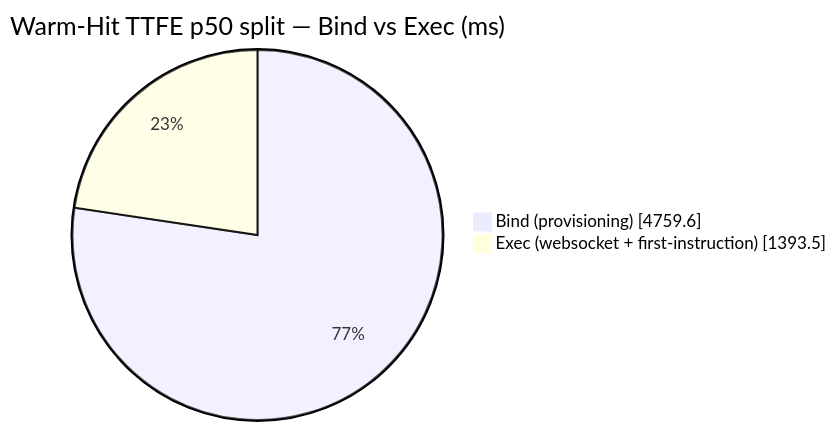
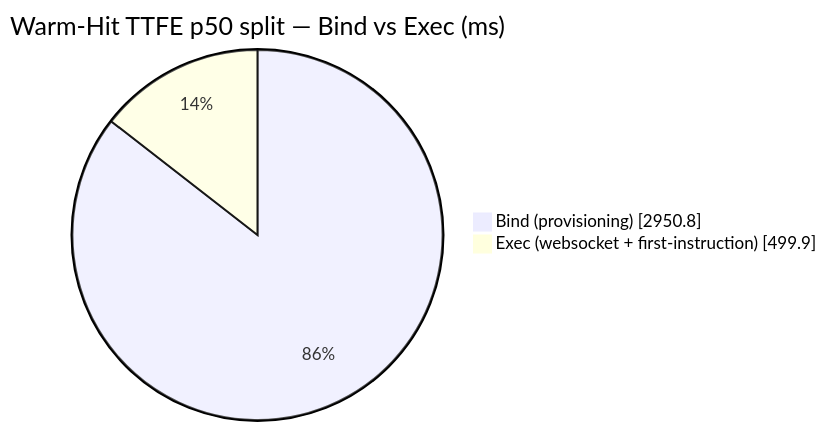
The diagram in DETAILS.md (AlexBulankou/honest-bench), drawn with Mermaid before and after one commit. The commit also changed other lines of this file and 4 other files, not shown here.

````diff
--- a/DETAILS.md
+++ b/DETAILS.md
@@ -88,6 +89,6 @@
 ```mermaid
 pie showData
     title Warm-Hit TTFE p50 split — Bind vs Exec (ms)
-    "Bind (provisioning)" : 4759.6
-    "Exec (websocket + first-instruction)" : 1393.5
+    "Bind (provisioning)" : 2950.8
+    "Exec (websocket + first-instruction)" : 499.9
 ```
````
